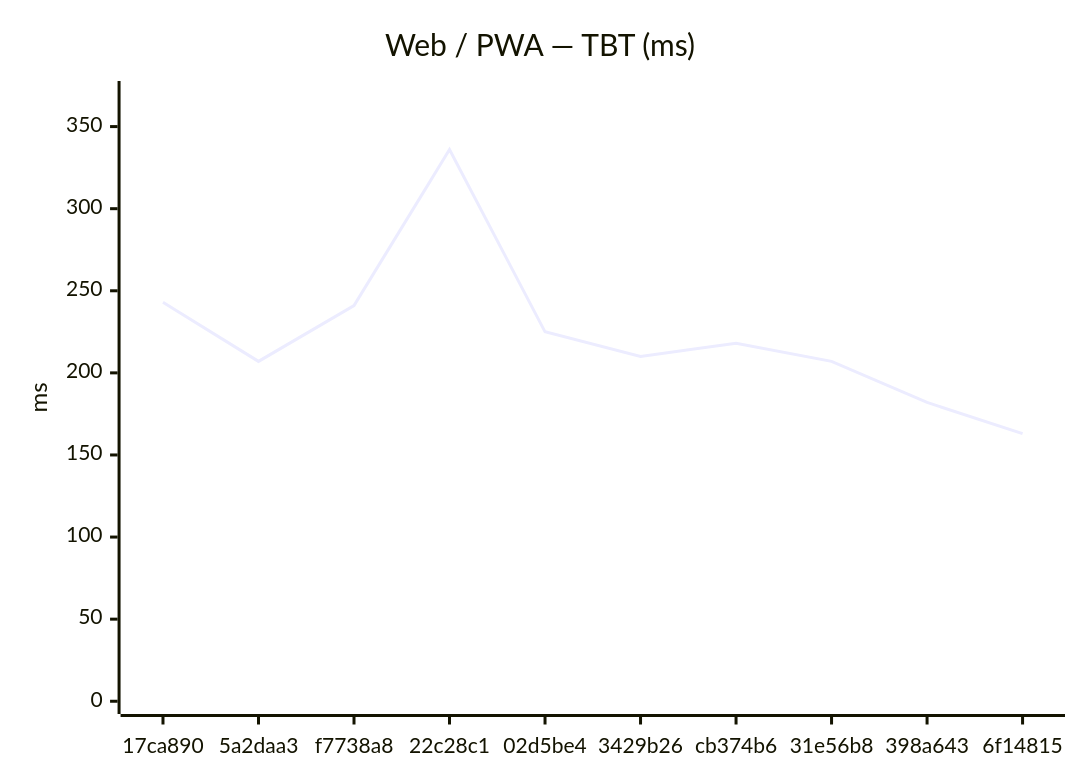
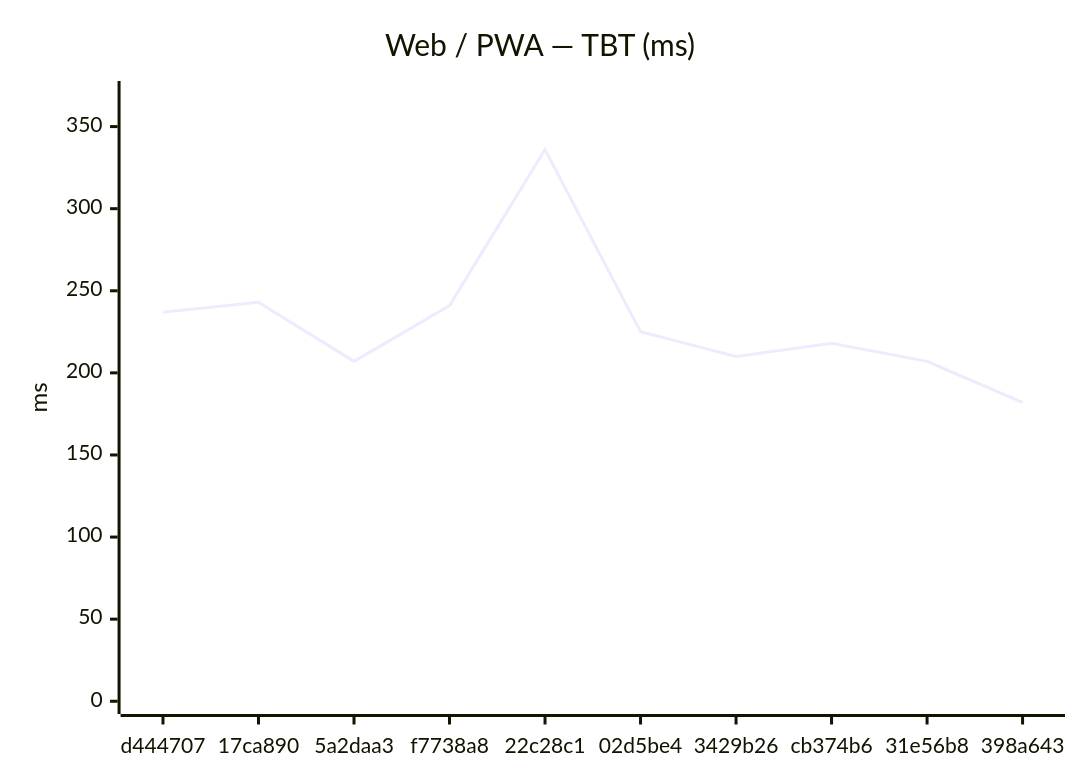
One commit to Metaheurist/Rianell changed the second of 18 diagrams in benchmarks/compare.md. Above: the diagram before and after it, drawn with Mermaid. The commit also changed other lines of this file and 11 other files, not shown here.

````diff
--- a/benchmarks/compare.md
+++ b/benchmarks/compare.md
@@ -31,7 +31,7 @@
 ```mermaid
 xychart-beta
     title "Web / PWA — TBT (ms)"
-    x-axis ["17ca890", "5a2daa3", "f7738a8", "22c28c1", "02d5be4", "3429b26", "cb374b6", "31e56b8", "398a643", "6f14815"]
+    x-axis ["d444707", "17ca890", "5a2daa3", "f7738a8", "22c28c1", "02d5be4", "3429b26", "cb374b6", "31e56b8", "398a643"]
     y-axis "ms" 0 --> 370
-    line [243, 207, 241, 336, 225, 210, 218, 207, 182, 163]
+    line [237, 243, 207, 241, 336, 225, 210, 218, 207, 182]
 ```
````
